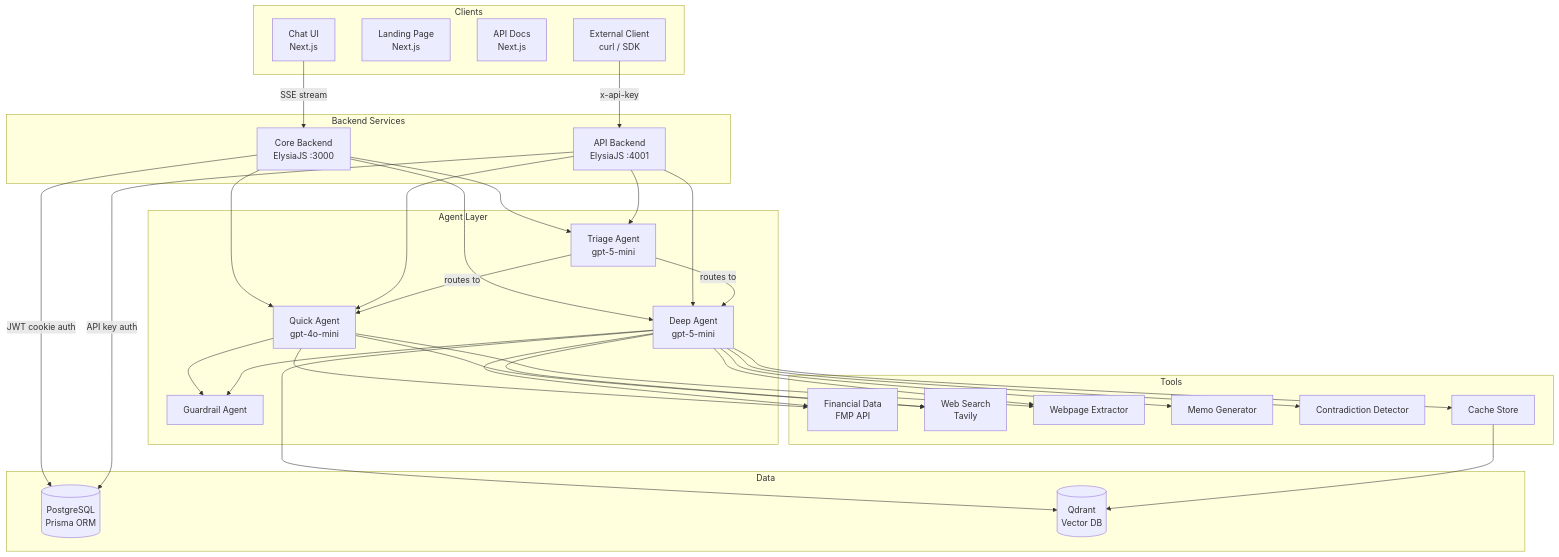
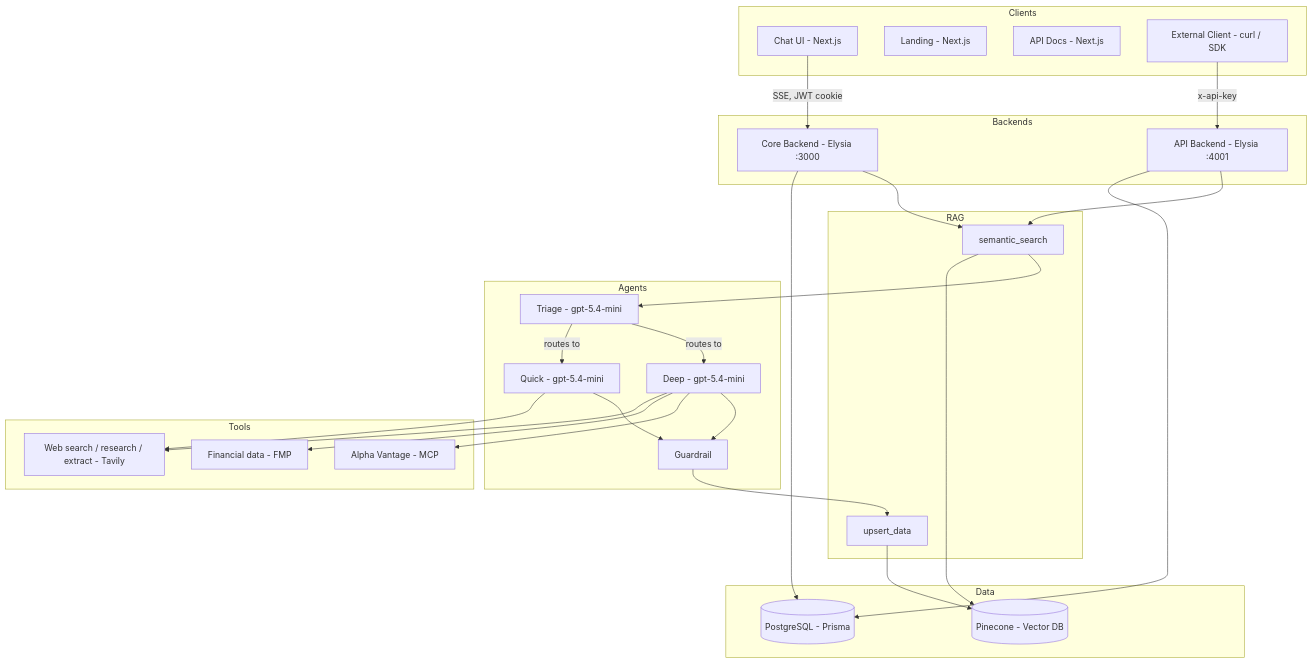
The diagram in README.md (aizen2006/MarketSage), drawn with Mermaid before and after one commit. The commit also changed other lines of this file and 11 other files, not shown here.

````diff
--- a/README.md
+++ b/README.md
@@ -52,61 +64,59 @@
 ```mermaid
 graph TD
     subgraph Clients
-        Chat[Chat UI<br/>Next.js]
-        Landing[Landing Page<br/>Next.js]
-        Docs[API Docs<br/>Next.js]
-        ExtAPI[External Client<br/>curl / SDK]
+        Chat[Chat UI - Next.js]
+        Landing[Landing - Next.js]
+        Docs[API Docs - Next.js]
+        ExtAPI[External Client - curl / SDK]
     end
 
-    subgraph Backend Services
-        Core[Core Backend<br/>ElysiaJS :3000]
-        API[API Backend<br/>ElysiaJS :4001]
+    subgraph Backends
+        Core[Core Backend - Elysia :3000]
+        API[API Backend - Elysia :4001]
     end
 
-    subgraph Agent Layer
-        Triage[Triage Agent<br/>gpt-5-mini]
-        Quick[Quick Agent<br/>gpt-4o-mini]
-        Deep[Deep Agent<br/>gpt-5-mini]
-        Guard[Guardrail Agent]
+    subgraph RAG
+        Search[semantic_search]
+        Store[upsert_data]
+    end
+
+    subgraph Agents
+        Triage[Triage - gpt-5.4-mini]
+        Quick[Quick - gpt-5.4-mini]
+        Deep[Deep - gpt-5.4-mini]
+        Guard[Guardrail]
     end
 
     subgraph Tools
-        FMP[Financial Data<br/>FMP API]
-        Tavily[Web Search<br/>Tavily]
-        Extract[Webpage Extractor]
-        Memo[Memo Generator]
-        Contra[Contradiction Detector]
-        Cache[Cache Store]
+        FMP[Financial data - FMP]
+        AV[Alpha Vantage - MCP]
+        Web[Web search / research / extract - Tavily]
     end
 
     subgraph Data
-        PG[(PostgreSQL<br/>Prisma ORM)]
-        QD[(Qdrant<br/>Vector DB)]
+        PG[(PostgreSQL - Prisma)]
+        PC[(Pinecone - Vector DB)]
     end
 
-    Chat -->|SSE stream| Core
+    Chat -->|SSE, JWT cookie| Core
     ExtAPI -->|x-api-key| API
-    Core -->|JWT cookie auth| PG
-    API -->|API key auth| PG
-    Core --> Triage
-    Core --> Quick
-    Core --> Deep
-    API --> Quick
-    API --> Deep
-    API --> Triage
+    Core --> PG
+    API --> PG
+
+    Core --> Search
+    API --> Search
+    Search --> PC
+    Search --> Triage
     Triage -->|routes to| Quick
     Triage -->|routes to| Deep
+
+    Quick --> Web
+    Deep --> Web
+    Deep --> FMP
+    Deep --> AV
+
     Quick --> Guard
     Deep --> Guard
-    Quick --> FMP
-    Quick --> Tavily
-    Quick --> Extract
-    Deep --> FMP
-    Deep --> Tavily
-    Deep --> Extract
-    Deep --> Memo
-    Deep --> Contra
-    Deep --> Cache
-    Deep --> QD
-    Cache --> QD
+    Guard --> Store
+    Store --> PC
 ```
````
